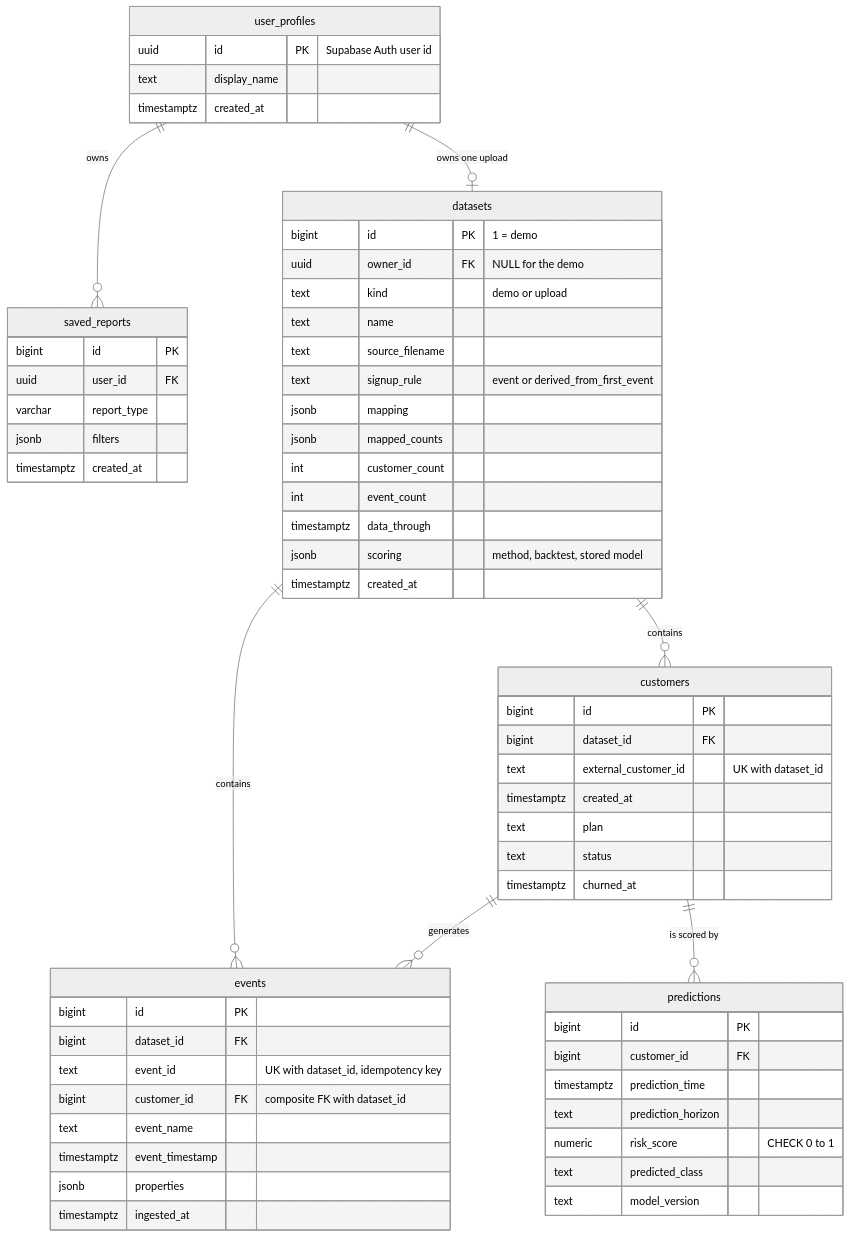
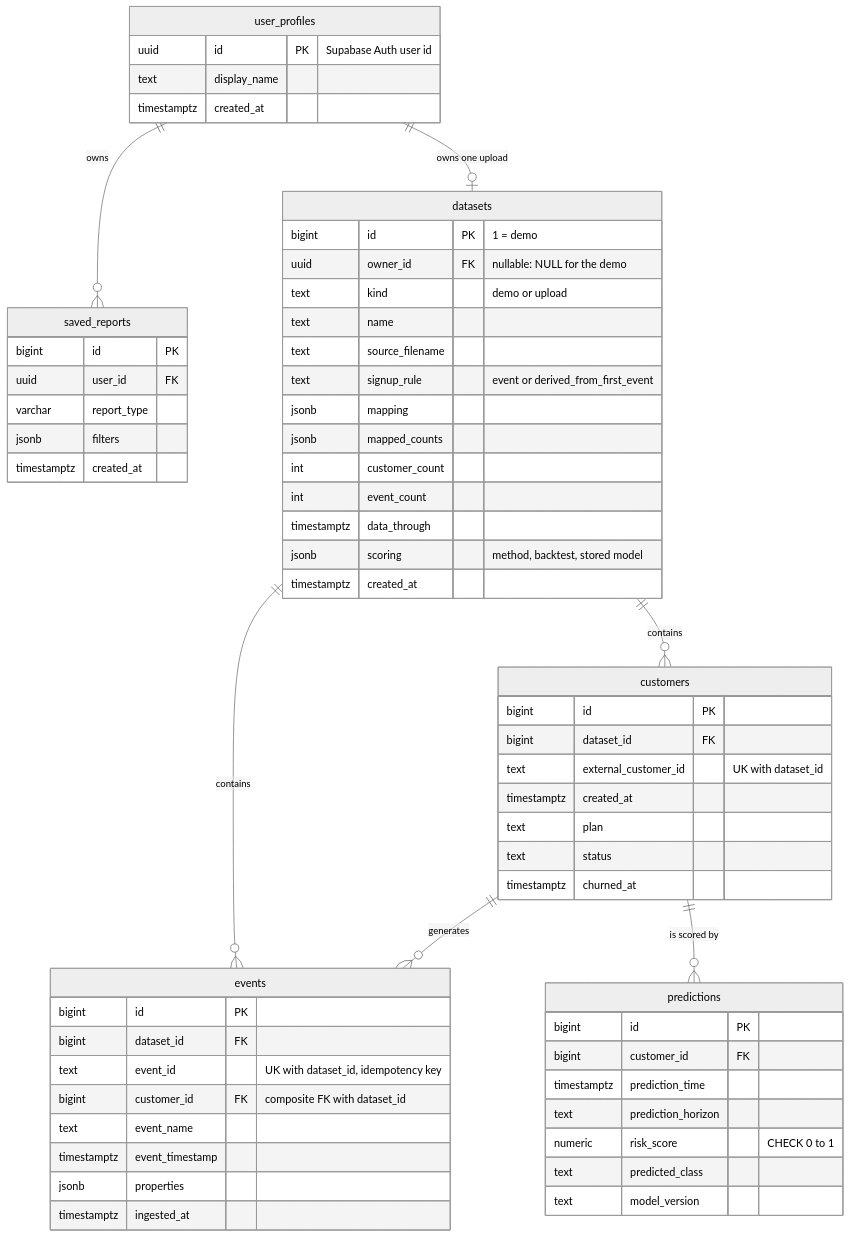
The diagram in docs/05-data-model.md (yashdiwan12/Churnscope), drawn with Mermaid (neutral theme) before and after one commit. The commit also changed 7 other files, not shown here.

Commit message:
fix: selection survives a failed dataset list, no-signup message, exact preview history; doc 03/05 diagrams

````diff
--- a/docs/05-data-model.md
+++ b/docs/05-data-model.md
@@ -16,65 +16,65 @@
 ```mermaid
 erDiagram
     user_profiles ||--o{ saved_reports : owns
     user_profiles ||--o| datasets : "owns one upload"
     datasets ||--o{ customers : contains
     datasets ||--o{ events : contains
     customers ||--o{ events : generates
     customers ||--o{ predictions : "is scored by"
 
     datasets {
         bigint id PK "1 = demo"
-        uuid owner_id FK "NULL for the demo"
+        uuid owner_id FK "nullable: NULL for the demo"
         text kind "demo or upload"
         text name
         text source_filename
         text signup_rule "event or derived_from_first_event"
         jsonb mapping
         jsonb mapped_counts
         int customer_count
         int event_count
         timestamptz data_through
         jsonb scoring "method, backtest, stored model"
         timestamptz created_at
     }
     customers {
         bigint id PK
         bigint dataset_id FK
         text external_customer_id "UK with dataset_id"
         timestamptz created_at
         text plan
         text status
         timestamptz churned_at
     }
     events {
         bigint id PK
         bigint dataset_id FK
         text event_id "UK with dataset_id, idempotency key"
         bigint customer_id FK "composite FK with dataset_id"
         text event_name
         timestamptz event_timestamp
         jsonb properties
         timestamptz ingested_at
     }
     predictions {
         bigint id PK
         bigint customer_id FK
         timestamptz prediction_time
         text prediction_horizon
         numeric risk_score "CHECK 0 to 1"
         text predicted_class
         text model_version
     }
     user_profiles {
         uuid id PK "Supabase Auth user id"
         text display_name
         timestamptz created_at
     }
     saved_reports {
         bigint id PK
         uuid user_id FK
         varchar report_type
         jsonb filters
         timestamptz created_at
     }
 ```
````
